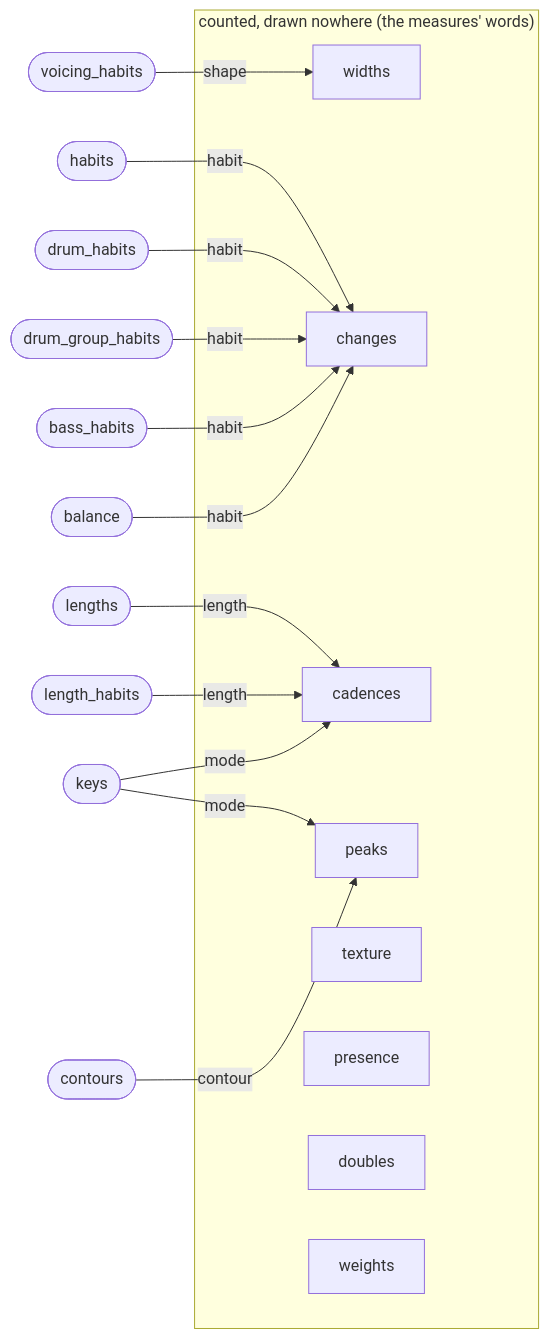
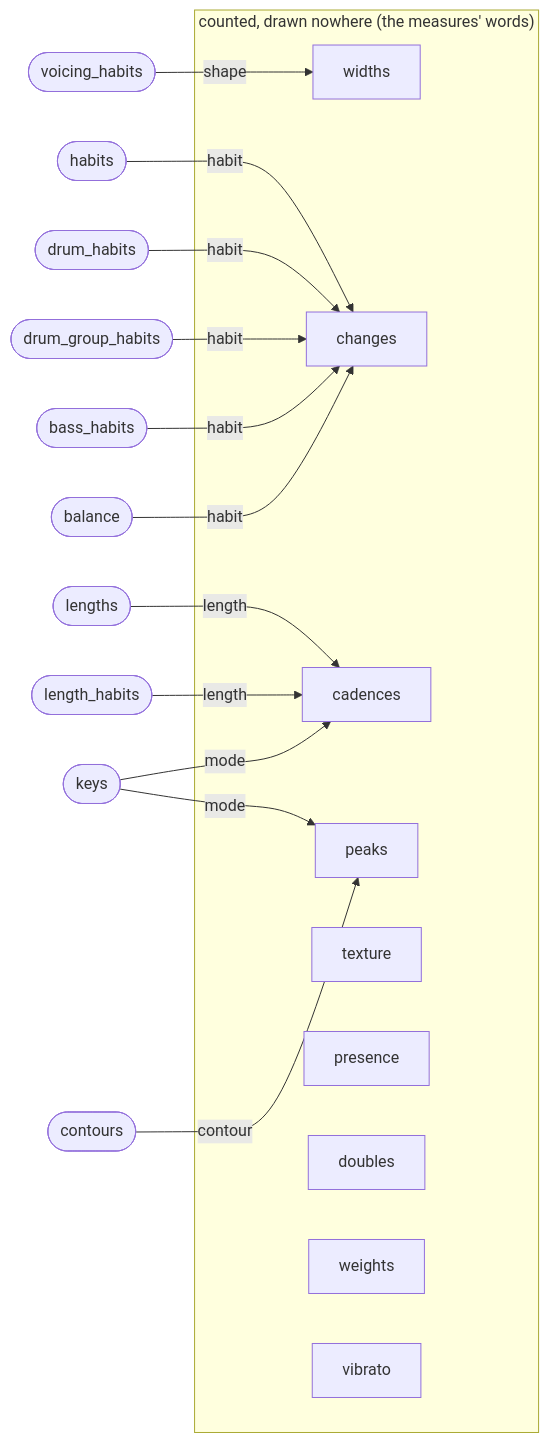
The ninth of 9 diagrams in docs/idiom/vocabulary-map.md (CatDogBark/bitComposer), drawn with Mermaid before and after one commit. The commit also changed other lines of this file and 13 other files, not shown here.

````diff
--- a/docs/idiom/vocabulary-map.md
+++ b/docs/idiom/vocabulary-map.md
@@ -549,34 +550,35 @@
 ```mermaid
 flowchart LR
   balance(["balance"])
   bass_habits(["bass_habits"])
   contours(["contours"])
   drum_group_habits(["drum_group_habits"])
   drum_habits(["drum_habits"])
   habits(["habits"])
   keys(["keys"])
   length_habits(["length_habits"])
   lengths(["lengths"])
   voicing_habits(["voicing_habits"])
   subgraph stage_unused["counted, drawn nowhere (the measures' words)"]
     widths["widths"]
     changes["changes"]
     cadences["cadences"]
     peaks["peaks"]
     texture["texture"]
     presence["presence"]
     doubles["doubles"]
     weights["weights"]
+    vibrato["vibrato"]
   end
   balance -- habit --> changes
   bass_habits -- habit --> changes
   contours -- contour --> peaks
   drum_group_habits -- habit --> changes
   drum_habits -- habit --> changes
   habits -- habit --> changes
   keys -- mode --> cadences
   keys -- mode --> peaks
   length_habits -- length --> cadences
   lengths -- length --> cadences
   voicing_habits -- shape --> widths
 ```
````
